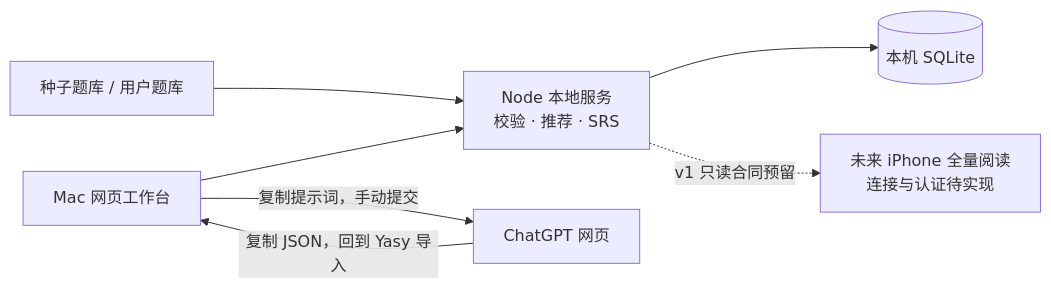
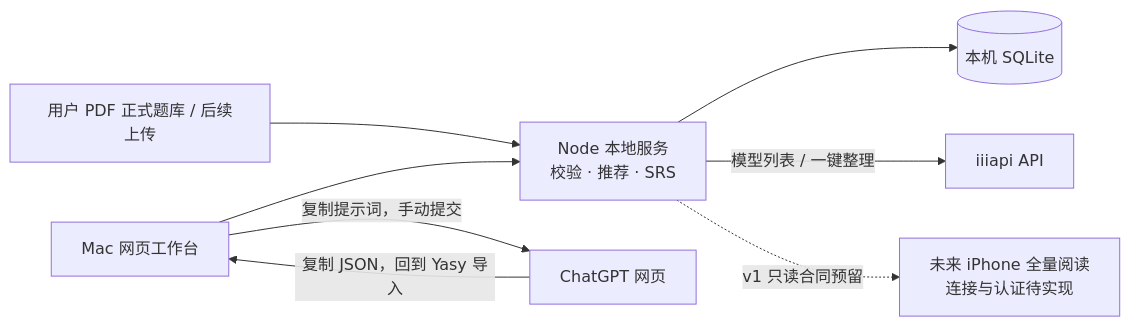
The diagram in README.md (ChoneyChen/yasy), drawn with Mermaid before and after one commit. The commit also changed other lines of this file and 27 other files, not shown here.

Commit message:
Replace IELTS bank from user PDFs and add selectable iiiapi generation

````diff
--- a/README.md
+++ b/README.md
@@ -122,9 +141,10 @@
 ```mermaid
 flowchart LR
     UI["Mac 网页工作台"] --> LOCAL["Node 本地服务<br/>校验 · 推荐 · SRS"]
-    BANK["种子题库 / 用户题库"] --> LOCAL
+    BANK["用户 PDF 正式题库 / 后续上传"] --> LOCAL
     LOCAL --> DB[("本机 SQLite")]
+    LOCAL -->|"模型列表 / 一键整理"| API["iiiapi API"]
     UI -->|"复制提示词，手动提交"| GPT["ChatGPT 网页"]
     GPT -->|"复制 JSON，回到 Yasy 导入"| UI
     LOCAL -.->|"v1 只读合同预留"| PHONE["未来 iPhone 全量阅读<br/>连接与认证待实现"]
 ```
````
